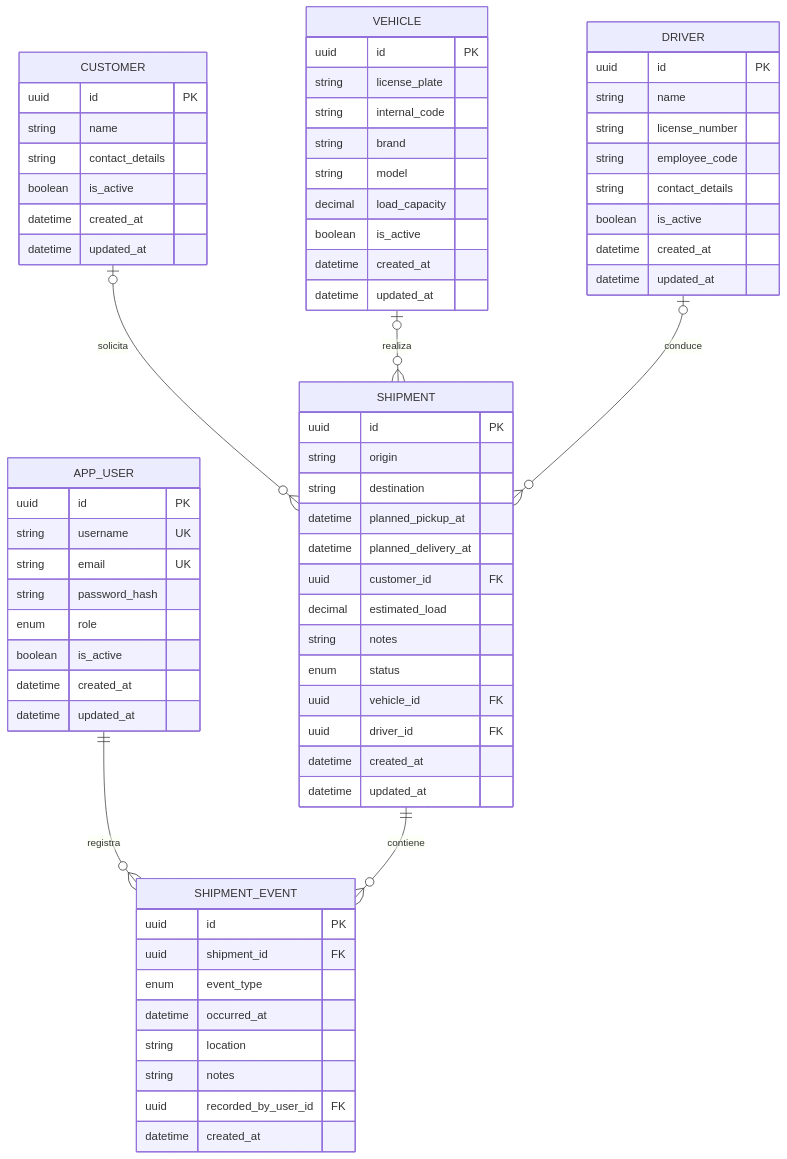
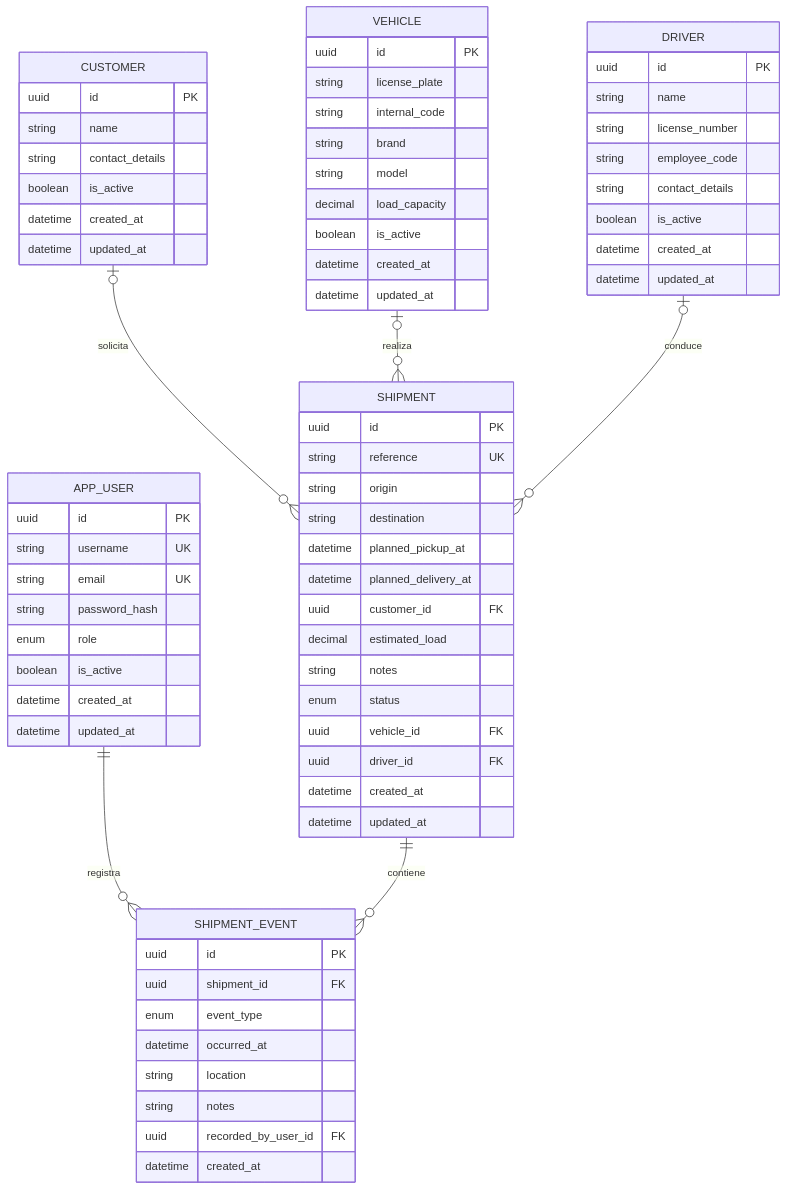
The diagram in docs/design/DataModel.md (pey-45/TransitOps), drawn with Mermaid before and after one commit. The commit also changed other lines of this file and 30 other files, not shown here.

````diff
--- a/docs/design/DataModel.md
+++ b/docs/design/DataModel.md
@@ -7,73 +7,74 @@
 ```mermaid
 erDiagram
     APP_USER ||--o{ SHIPMENT_EVENT : registra
     CUSTOMER o|--o{ SHIPMENT : solicita
     VEHICLE o|--o{ SHIPMENT : realiza
     DRIVER o|--o{ SHIPMENT : conduce
     SHIPMENT ||--o{ SHIPMENT_EVENT : contiene
 
     APP_USER {
       uuid id PK
       string username UK
       string email UK
       string password_hash
       enum role
       boolean is_active
       datetime created_at
       datetime updated_at
     }
     VEHICLE {
       uuid id PK
       string license_plate
       string internal_code
       string brand
       string model
       decimal load_capacity
       boolean is_active
       datetime created_at
       datetime updated_at
     }
     DRIVER {
       uuid id PK
       string name
       string license_number
       string employee_code
       string contact_details
       boolean is_active
       datetime created_at
       datetime updated_at
     }
     CUSTOMER {
       uuid id PK
       string name
       string contact_details
       boolean is_active
       datetime created_at
       datetime updated_at
     }
     SHIPMENT {
       uuid id PK
+      string reference UK
       string origin
       string destination
       datetime planned_pickup_at
       datetime planned_delivery_at
       uuid customer_id FK
       decimal estimated_load
       string notes
       enum status
       uuid vehicle_id FK
       uuid driver_id FK
       datetime created_at
       datetime updated_at
     }
     SHIPMENT_EVENT {
       uuid id PK
       uuid shipment_id FK
       enum event_type
       datetime occurred_at
       string location
       string notes
       uuid recorded_by_user_id FK
       datetime created_at
     }
 ```
````
